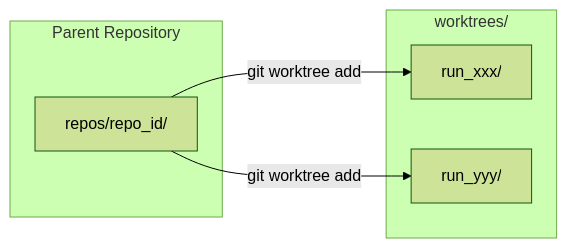
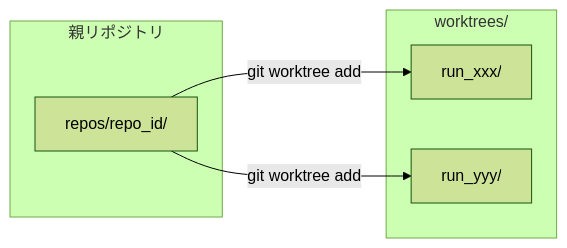
Before and after one commit to hampen2929/zloth: diagram 11 of 15 in docs/architecture.md, drawn with Mermaid (forest theme). The commit also changed other lines of this file, not shown here.

First line of the commit message:
Translate architecture documentation to Japanese

````diff
--- a/docs/architecture.md
+++ b/docs/architecture.md
@@ -501,14 +501,14 @@
 ```mermaid
 flowchart LR
-    subgraph Parent["Parent Repository"]
+    subgraph Parent["親リポジトリ"]
         REPO["repos/repo_id/"]
     end
 
     subgraph Worktrees["worktrees/"]
         WT1["run_xxx/"]
         WT2["run_yyy/"]
     end
 
     REPO -->|git worktree add| WT1
     REPO -->|git worktree add| WT2
 ```
````
